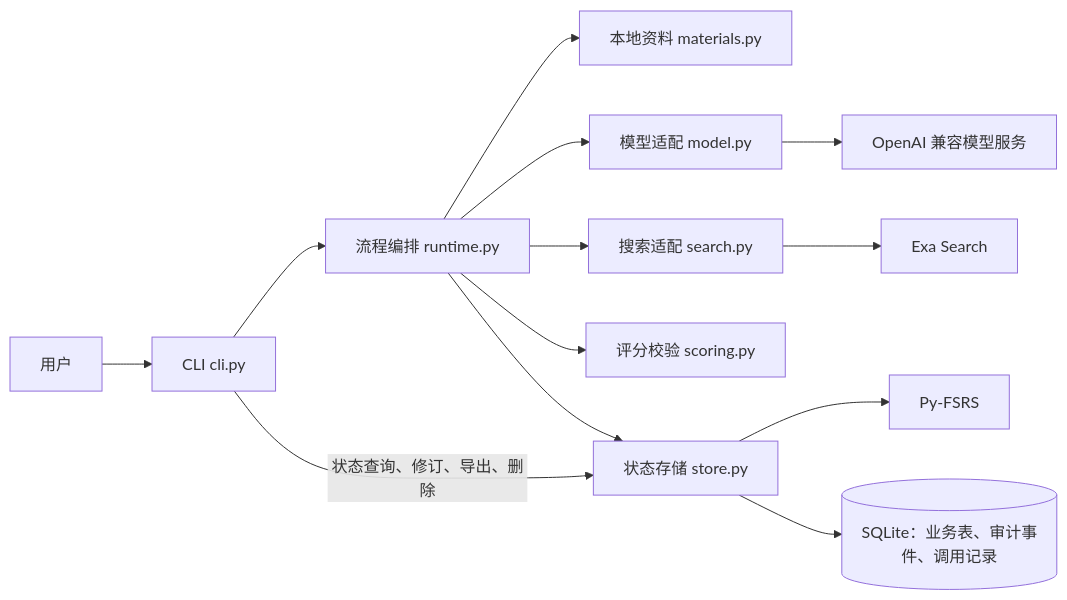
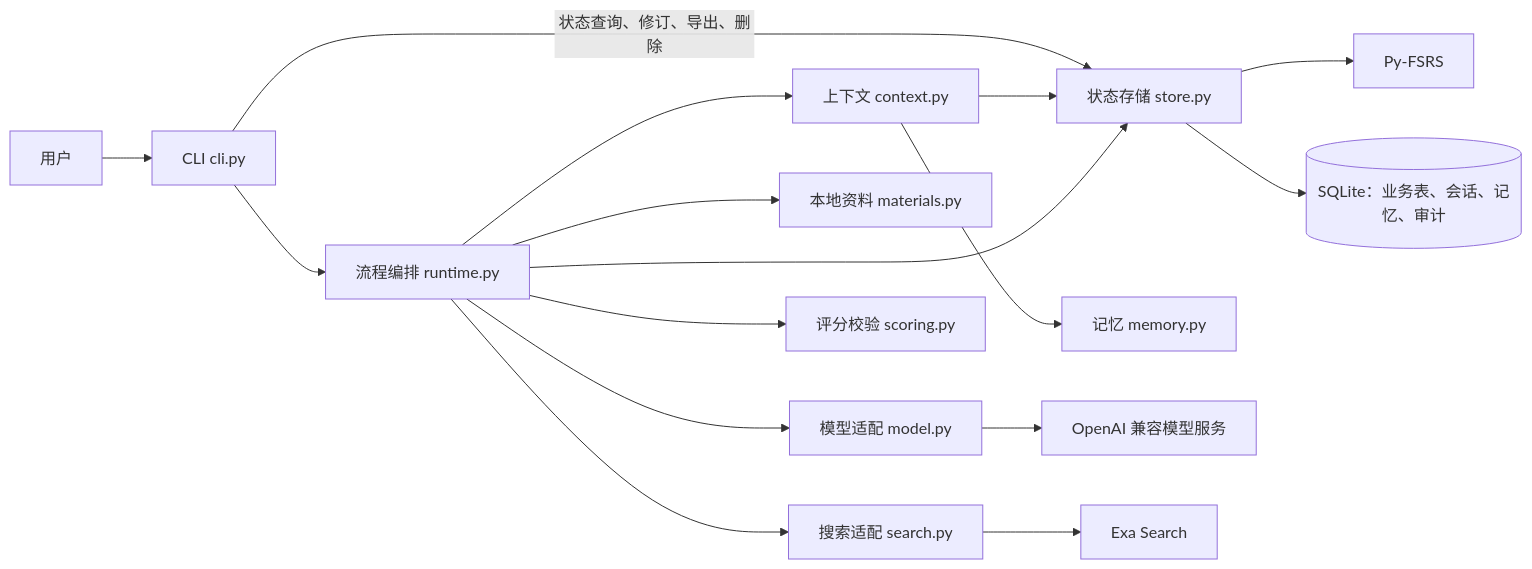
The first of 2 diagrams in README.md (zjsyxzjsyx/Koyo), drawn with Mermaid before and after one commit. The commit also changed other lines of this file and 37 other files, not shown here.

````diff
--- a/README.md
+++ b/README.md
@@ -29,15 +39,18 @@
 ```mermaid
 flowchart LR
     U[用户] --> CLI[CLI cli.py]
     CLI --> RT[流程编排 runtime.py]
     CLI -->|状态查询、修订、导出、删除| ST[状态存储 store.py]
+    RT --> CTX[上下文 context.py]
+    CTX --> MEM[记忆 memory.py]
+    CTX --> ST
+    RT --> MOD[模型适配 model.py]
     RT --> MAT[本地资料 materials.py]
-    RT --> MOD[模型适配 model.py]
     RT --> WEB[搜索适配 search.py]
     RT --> SCORE[评分校验 scoring.py]
     RT --> ST
     MOD --> LLM[OpenAI 兼容模型服务]
     WEB --> EXA[Exa Search]
     ST --> FSRS[Py-FSRS]
-    ST --> DB[(SQLite：业务表、审计事件、调用记录)]
+    ST --> DB[(SQLite：业务表、会话、记忆、审计)]
 ```
````
